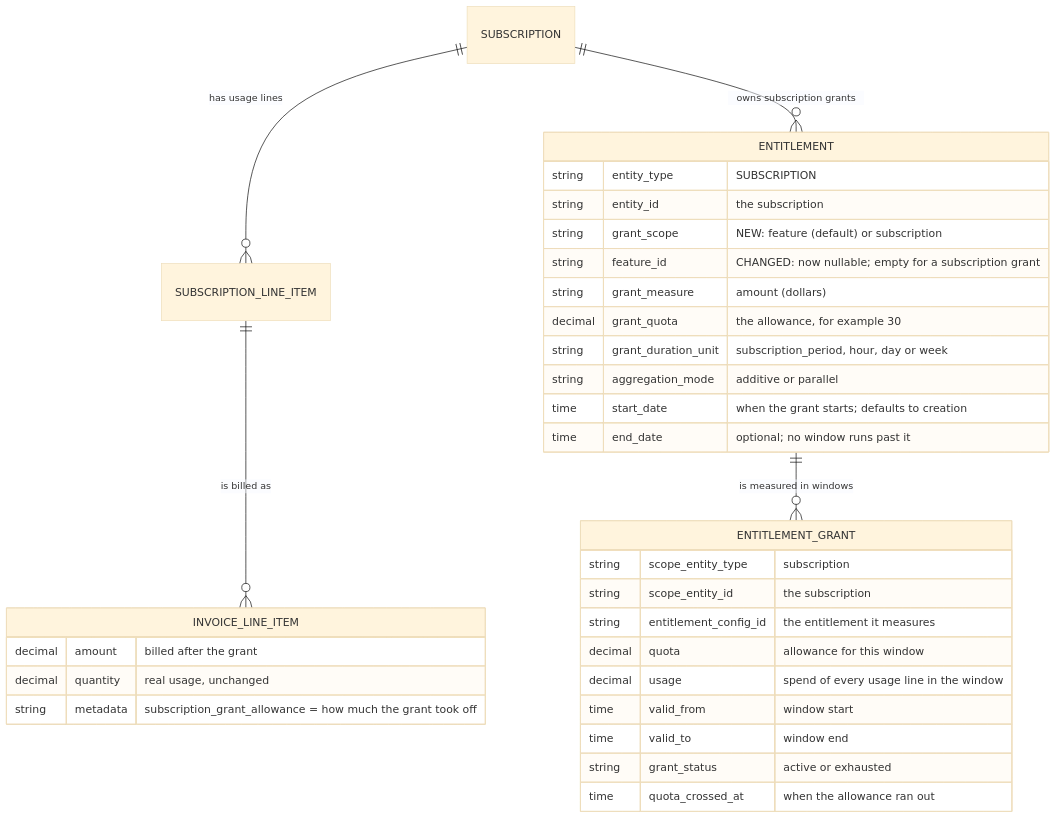
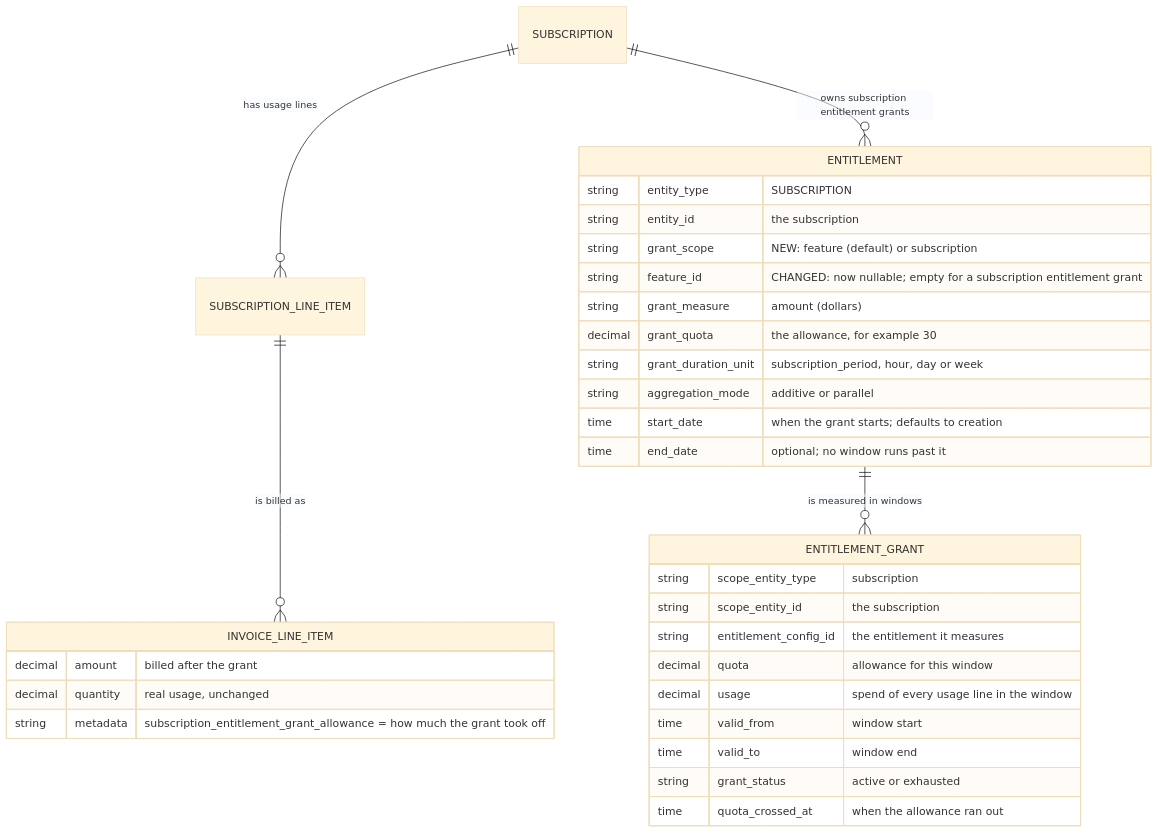
The first of 2 diagrams in docs/prds/subscription_entitlement_grants.md (subratsahilgupta/flexprice), drawn with Mermaid (base theme) before and after one commit. The commit also changed other lines of this file and 30 other files, not shown here.

First line of the commit message:
[FLE-1449] Rename subscription grant to subscription entitlement grant

````diff
--- a/docs/prds/subscription_entitlement_grants.md
+++ b/docs/prds/subscription_entitlement_grants.md
@@ -18,36 +18,36 @@
 ```mermaid
 erDiagram
     SUBSCRIPTION ||--o{ SUBSCRIPTION_LINE_ITEM : "has usage lines"
-    SUBSCRIPTION ||--o{ ENTITLEMENT : "owns subscription grants"
+    SUBSCRIPTION ||--o{ ENTITLEMENT : "owns subscription entitlement grants"
     ENTITLEMENT ||--o{ ENTITLEMENT_GRANT : "is measured in windows"
     SUBSCRIPTION_LINE_ITEM ||--o{ INVOICE_LINE_ITEM : "is billed as"
 
     ENTITLEMENT {
         string entity_type "SUBSCRIPTION"
         string entity_id "the subscription"
         string grant_scope "NEW: feature (default) or subscription"
-        string feature_id "CHANGED: now nullable; empty for a subscription grant"
+        string feature_id "CHANGED: now nullable; empty for a subscription entitlement grant"
         string grant_measure "amount (dollars)"
         decimal grant_quota "the allowance, for example 30"
         string grant_duration_unit "subscription_period, hour, day or week"
         string aggregation_mode "additive or parallel"
         time start_date "when the grant starts; defaults to creation"
         time end_date "optional; no window runs past it"
     }
     ENTITLEMENT_GRANT {
         string scope_entity_type "subscription"
         string scope_entity_id "the subscription"
         string entitlement_config_id "the entitlement it measures"
         decimal quota "allowance for this window"
         decimal usage "spend of every usage line in the window"
         time valid_from "window start"
         time valid_to "window end"
         string grant_status "active or exhausted"
         time quota_crossed_at "when the allowance ran out"
     }
     INVOICE_LINE_ITEM {
         decimal amount "billed after the grant"
         decimal quantity "real usage, unchanged"
-        string metadata "subscription_grant_allowance = how much the grant took off"
+        string metadata "subscription_entitlement_grant_allowance = how much the grant took off"
     }
 ```
````
